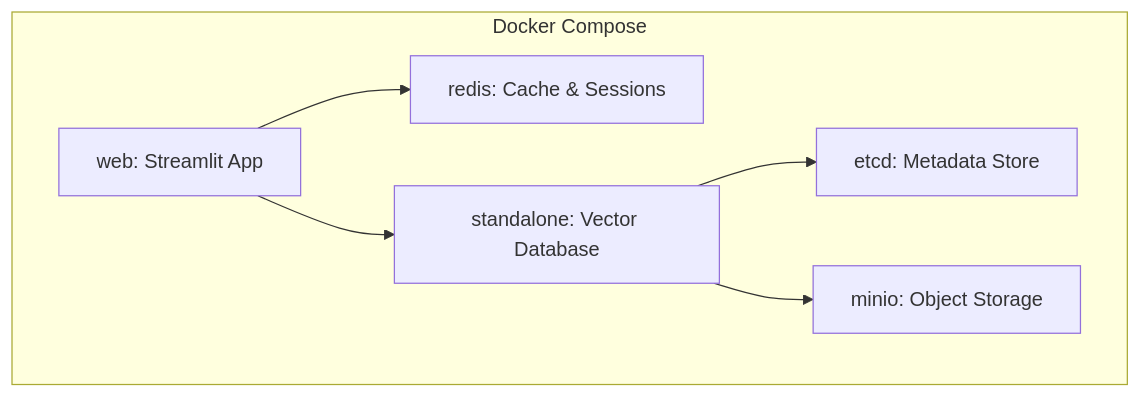
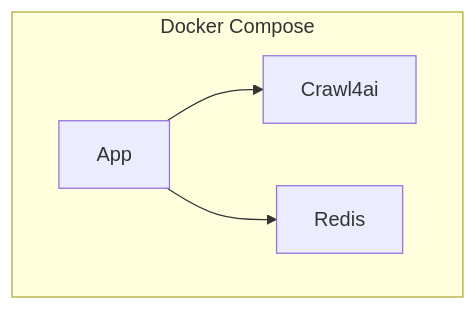
The diagram in docs/deployment/docker.md (virtUOS/askUOS), drawn with Mermaid before and after one commit. The commit also changed other lines of this file and 7 other files, not shown here.

````diff
--- a/docs/deployment/docker.md
+++ b/docs/deployment/docker.md
@@ -7,14 +7,10 @@
 ```mermaid
 graph TB
-    subgraph "Docker Compose"
-        Web[web: Streamlit App]
-        Redis[redis: Cache & Sessions]
-        Milvus[standalone: Vector Database]
-        Etcd[etcd: Metadata Store]
-        Minio[minio: Object Storage]
+    subgraph DockerCompose[Docker Compose]
+        App[App]
+        Crawl[Crawl4ai]
+        Redis[Redis]
     end
-    Web --> Redis
-    Web --> Milvus
-    Milvus --> Etcd
-    Milvus --> Minio
+    App --> Crawl
+    App --> Redis
 ```
````
